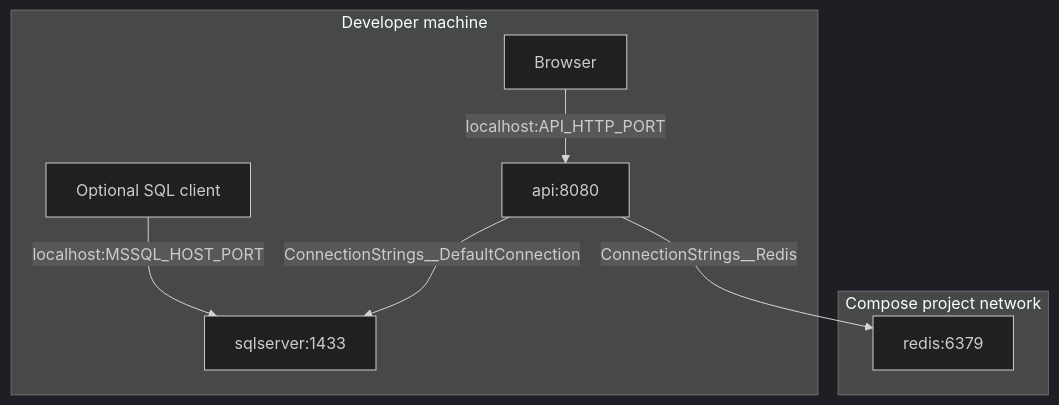
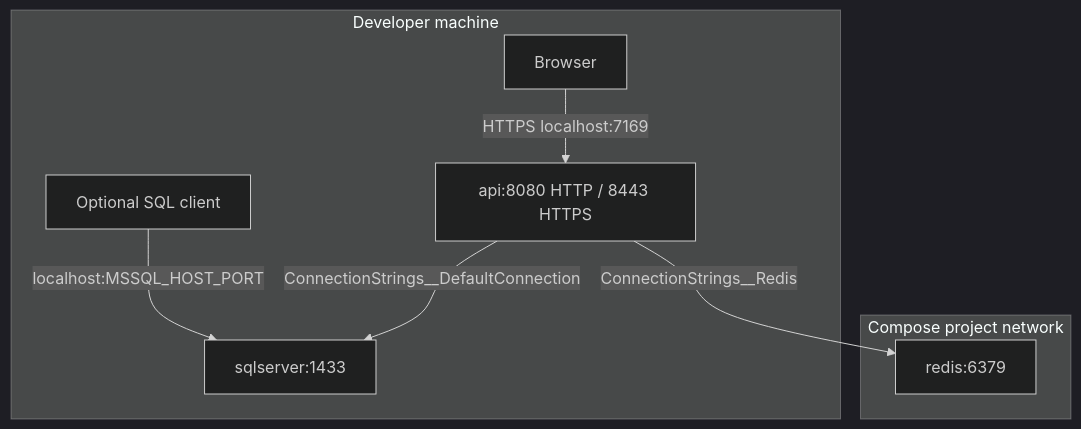
One commit to ahmedadel977/MechanicShop-V2 changed the second of 3 diagrams in docs/DOCKER.md. Above: the diagram before and after it, drawn with Mermaid (dark theme). The commit also changed other lines of this file and 12 other files, not shown here.

````diff
--- a/docs/DOCKER.md
+++ b/docs/DOCKER.md
@@ -72,16 +72,16 @@
 ```mermaid
 flowchart TB
     subgraph Host[Developer machine]
         Browser[Browser]
         SQLClient[Optional SQL client]
-        Browser -->|localhost:API_HTTP_PORT| API
+        Browser -->|HTTPS localhost:7169| API
         SQLClient -->|localhost:MSSQL_HOST_PORT| SQL
     end
     subgraph Network[Compose project network]
-        API[api:8080]
+        API[api:8080 HTTP / 8443 HTTPS]
         SQL[sqlserver:1433]
         Cache[redis:6379]
         API -->|ConnectionStrings__DefaultConnection| SQL
         API -->|ConnectionStrings__Redis| Cache
     end
 ```
````
